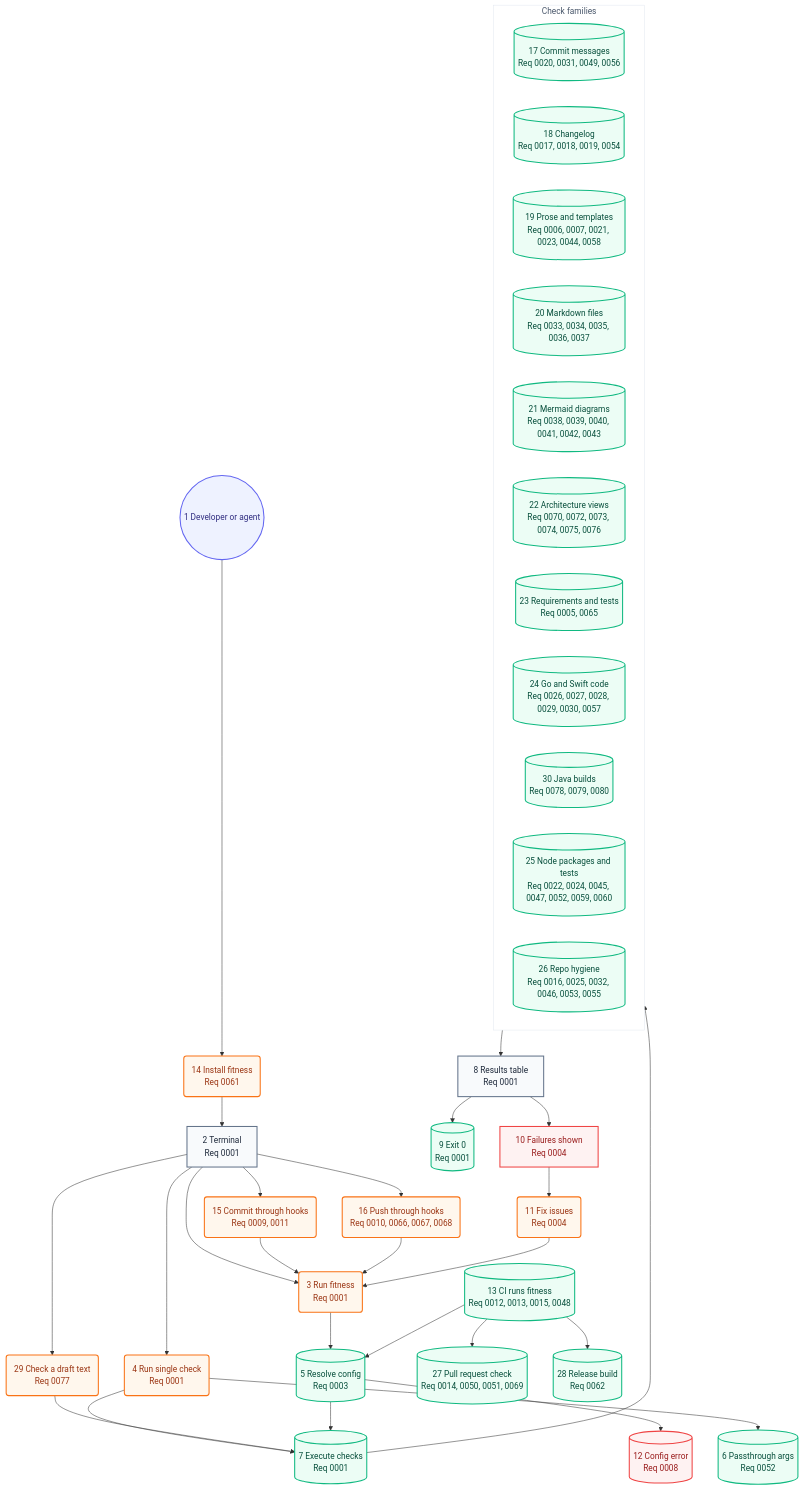
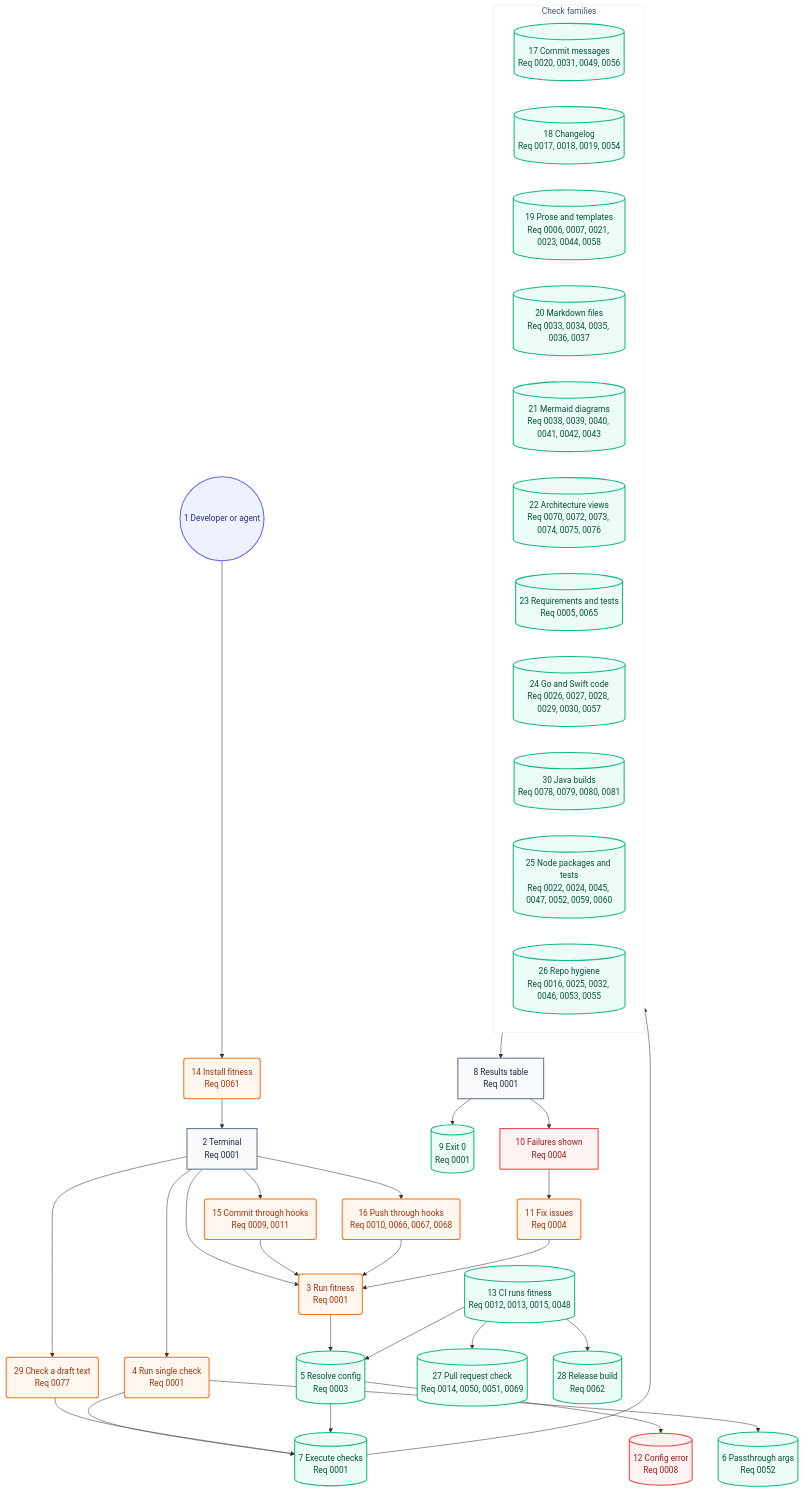
The second of 2 diagrams in docs/architecture/05-user-journey.md (may-journal/fitness-runner), drawn with Mermaid before and after one commit. The commit also changed 7 other files, not shown here.

````diff
--- a/docs/architecture/05-user-journey.md
+++ b/docs/architecture/05-user-journey.md
@@ -40,70 +40,70 @@
 ```mermaid
 flowchart TB
     dev((1 Developer or agent)):::persona
     install(14 Install fitness<br/>Req 0061):::action
     terminal[2 Terminal<br/>Req 0001]:::screen
     runFull(3 Run fitness<br/>Req 0001):::action
     runSingle(4 Run single check<br/>Req 0001):::action
     runBlob(29 Check a draft text<br/>Req 0077):::action
     commitHook(15 Commit through hooks<br/>Req 0009, 0011):::action
     pushHook(16 Push through hooks<br/>Req 0010, 0066, 0067, 0068):::action
     resolveConfig[(5 Resolve config<br/>Req 0003)]:::system
     passArgs[(6 Passthrough args<br/>Req 0052)]:::system
     executeChecks[(7 Execute checks<br/>Req 0001)]:::system
 
     subgraph checks["Check families"]
         commitChecks[(17 Commit messages<br/>Req 0020, 0031, 0049, 0056)]:::system
         changelogChecks[(18 Changelog<br/>Req 0017, 0018, 0019, 0054)]:::system
         proseChecks[(19 Prose and templates<br/>Req 0006, 0007, 0021, 0023, 0044, 0058)]:::system
         markdownChecks[(20 Markdown files<br/>Req 0033, 0034, 0035, 0036, 0037)]:::system
         mermaidChecks[(21 Mermaid diagrams<br/>Req 0038, 0039, 0040, 0041, 0042, 0043)]:::system
         architectureChecks[(22 Architecture views<br/>Req 0070, 0072, 0073, 0074, 0075, 0076)]:::system
         requirementChecks[(23 Requirements and tests<br/>Req 0005, 0065)]:::system
         goSwiftChecks[(24 Go and Swift code<br/>Req 0026, 0027, 0028, 0029, 0030, 0057)]:::system
-        javaChecks[(30 Java builds<br/>Req 0078, 0079, 0080)]:::system
+        javaChecks[(30 Java builds<br/>Req 0078, 0079, 0080, 0081)]:::system
         nodeChecks[(25 Node packages and tests<br/>Req 0022, 0024, 0045, 0047, 0052, 0059, 0060)]:::system
         repoChecks[(26 Repo hygiene<br/>Req 0016, 0025, 0032, 0046, 0053, 0055)]:::system
     end
 
     resultsTable[8 Results table<br/>Req 0001]:::screen
     exitZero[(9 Exit 0<br/>Req 0001)]:::system
     failuresShown[10 Failures shown<br/>Req 0004]:::blocked
     fixIssues(11 Fix issues<br/>Req 0004):::action
     configError[(12 Config error<br/>Req 0008)]:::blocked
     ciRun[(13 CI runs fitness<br/>Req 0012, 0013, 0015, 0048)]:::system
     prCheck[(27 Pull request check<br/>Req 0014, 0050, 0051, 0069)]:::system
     release[(28 Release build<br/>Req 0062)]:::system
 
     dev --> install
     install --> terminal
     terminal --> runFull
     terminal --> runSingle
     terminal --> commitHook
     terminal --> pushHook
     terminal --> runBlob
     commitHook --> runFull
     pushHook --> runFull
     runFull --> resolveConfig
     runSingle --> executeChecks
     runSingle --> passArgs
     runBlob --> executeChecks
     resolveConfig --> executeChecks
     resolveConfig --> configError
     executeChecks --> checks
     checks --> resultsTable
     resultsTable --> exitZero
     resultsTable --> failuresShown
     failuresShown --> fixIssues
     fixIssues --> runFull
     ciRun --> resolveConfig
     ciRun --> prCheck
     ciRun --> release
 
     classDef persona fill:#eef2ff,stroke:#6366f1,color:#312e81,stroke-width:2px
     classDef screen fill:#f8fafc,stroke:#64748b,color:#1e293b,stroke-width:2px
     classDef action fill:#fff7ed,stroke:#f97316,color:#9a3412,stroke-width:2px
     classDef system fill:#ecfdf5,stroke:#10b981,color:#064e3b,stroke-width:2px
     classDef blocked fill:#fef2f2,stroke:#ef4444,color:#991b1b,stroke-width:2px
 
     style checks fill:#ffffff,stroke:#e2e8f0,color:#475569,stroke-width:1px
 ```
````
